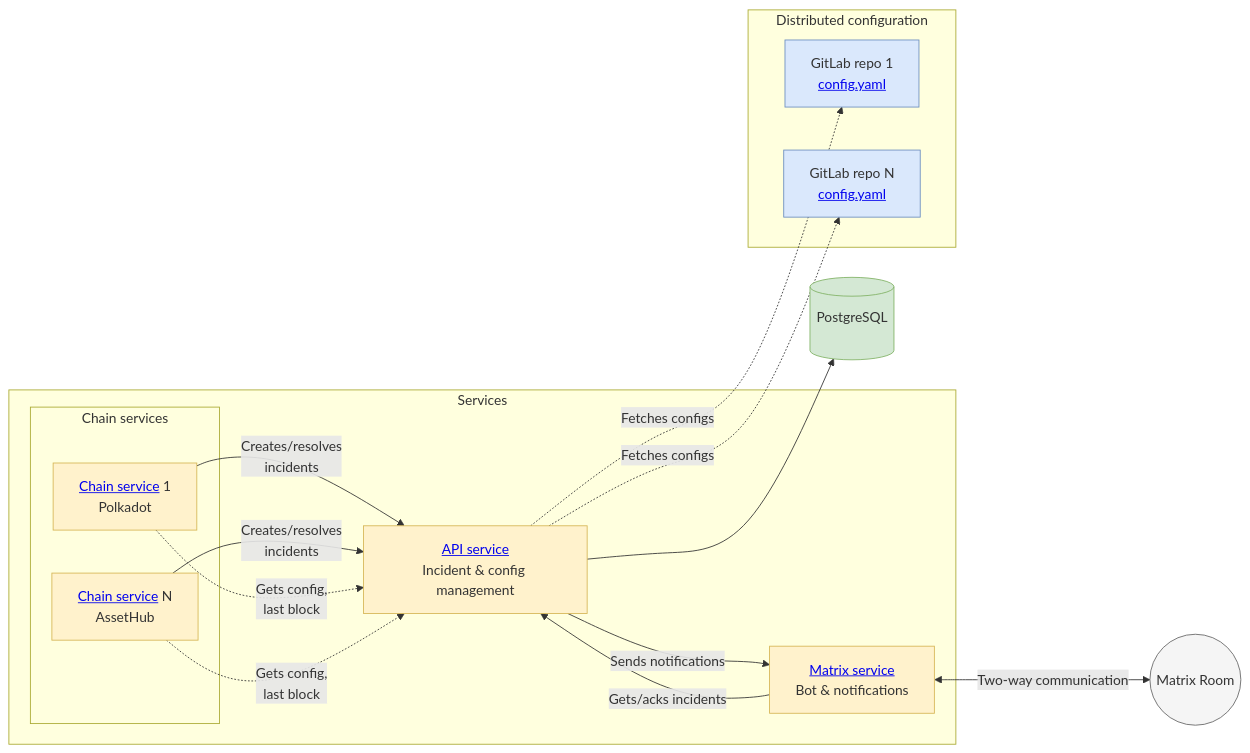
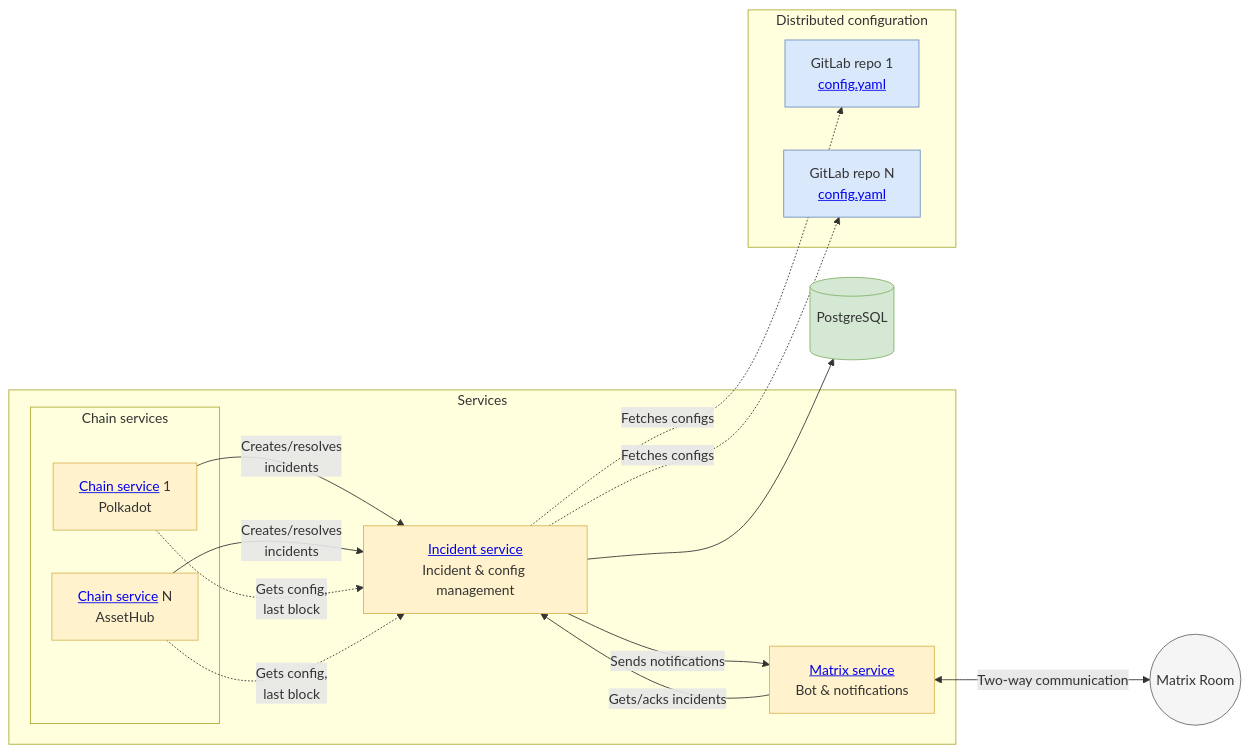
One commit to w3f/polguard changed the diagram in README.md. Above: the diagram before and after it, drawn with Mermaid. The commit also changed other lines of this file and 83 other files, not shown here.

Commit message:
feat: rename api service to incident service (#246)

````diff
--- a/README.md
+++ b/README.md
@@ -9,37 +9,37 @@
 ```mermaid
 graph LR
     %% Core Services
     subgraph Services
         subgraph "Chain services"
             Chain1["<a href='https://github.com/w3f/monitoring-platform/blob/master/packages/chain/README.md' title='Chain Service Documentation'>Chain service</a> 1<br>Polkadot"]:::service
             Chain2["<a href='https://github.com/w3f/monitoring-platform/blob/master/packages/chain/README.md' title='Chain Service Documentation'>Chain service</a> N<br>AssetHub"]:::service
         end
-        API["<a href='https://github.com/w3f/monitoring-platform/blob/master/packages/api/README.md' title='API Service Documentation'>API service</a><br>Incident & config management"]:::service
+        Incident["<a href='https://github.com/w3f/monitoring-platform/blob/master/packages/incident/README.md' title='Incident Service Documentation'>Incident service</a><br>Incident & config management"]:::service
         Matrix["<a href='https://github.com/w3f/monitoring-platform/blob/master/packages/matrix/README.md' title='Matrix Service Documentation'>Matrix service</a><br>Bot & notifications"]:::service
     end
     
     %% External Components
     Postgres[(PostgreSQL<br><br>)]:::database
     
     subgraph "Distributed configuration"
         GitLab1["GitLab repo 1<br><a href='https://github.com/w3f/monitoring-platform/blob/master/packages/config/CONFIG_GUIDE.md' title='Configuration Guide'>config.yaml</a>"]:::config
         GitLab2["GitLab repo N<br><a href='https://github.com/w3f/monitoring-platform/blob/master/packages/config/CONFIG_GUIDE.md' title='Configuration Guide'>config.yaml</a>"]:::config
     end
     
     Room((Matrix Room)):::external
     
     %% Connections with simplified labels
-    Chain1 & Chain2 -->|Creates/resolves<br>incidents| API
-    Chain1 & Chain2 -.->|Gets config,<br>last block| API
-    API -->|Sends notifications| Matrix
-    Matrix -->|Gets/acks incidents| API
+    Chain1 & Chain2 -->|Creates/resolves<br>incidents| Incident
+    Chain1 & Chain2 -.->|Gets config,<br>last block| Incident
+    Incident -->|Sends notifications| Matrix
+    Matrix -->|Gets/acks incidents| Incident
     Matrix <-->|Two-way communication| Room
-    API -.->|Fetches configs| GitLab1 & GitLab2
-    API --> Postgres
+    Incident -.->|Fetches configs| GitLab1 & GitLab2
+    Incident --> Postgres
     
     %% Styling
     classDef service fill:#FFF2CC,stroke:#D6B656,stroke-width:1px
     classDef database fill:#D4E8D4,stroke:#82B366,stroke-width:1px
     classDef config fill:#DAE8FC,stroke:#6C8EBF,stroke-width:1px
     classDef external fill:#F5F5F5,stroke:#666666,stroke-width:1px
 ```
````
